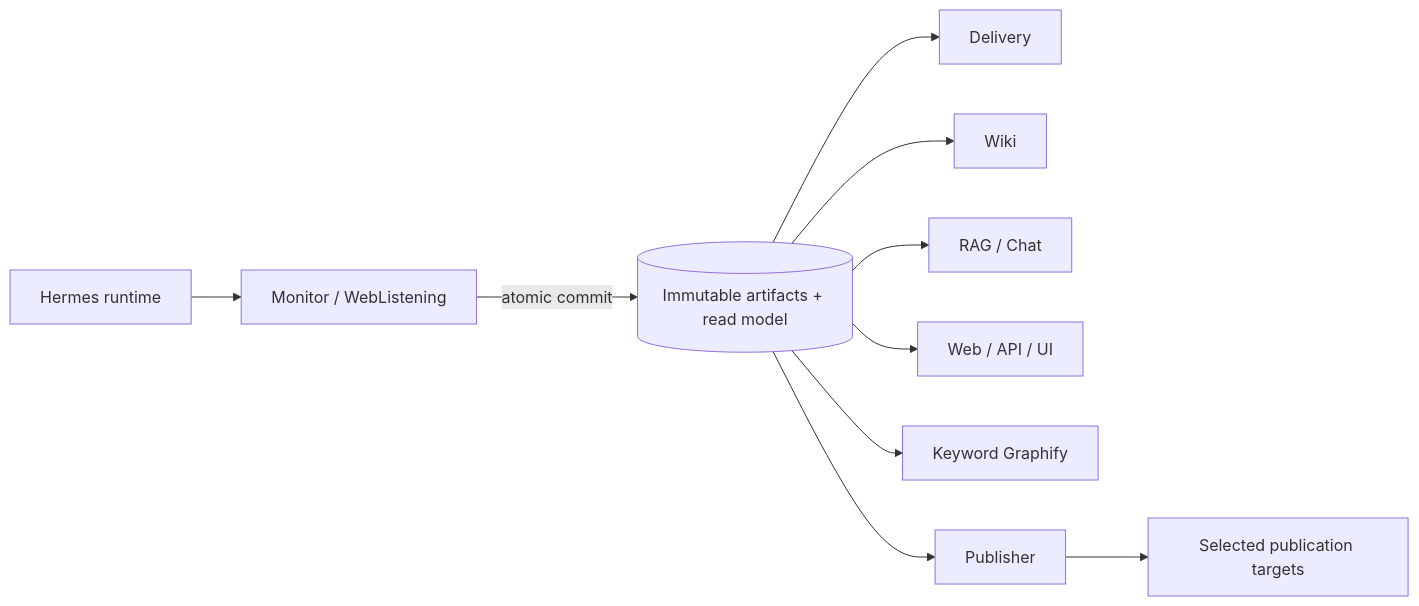
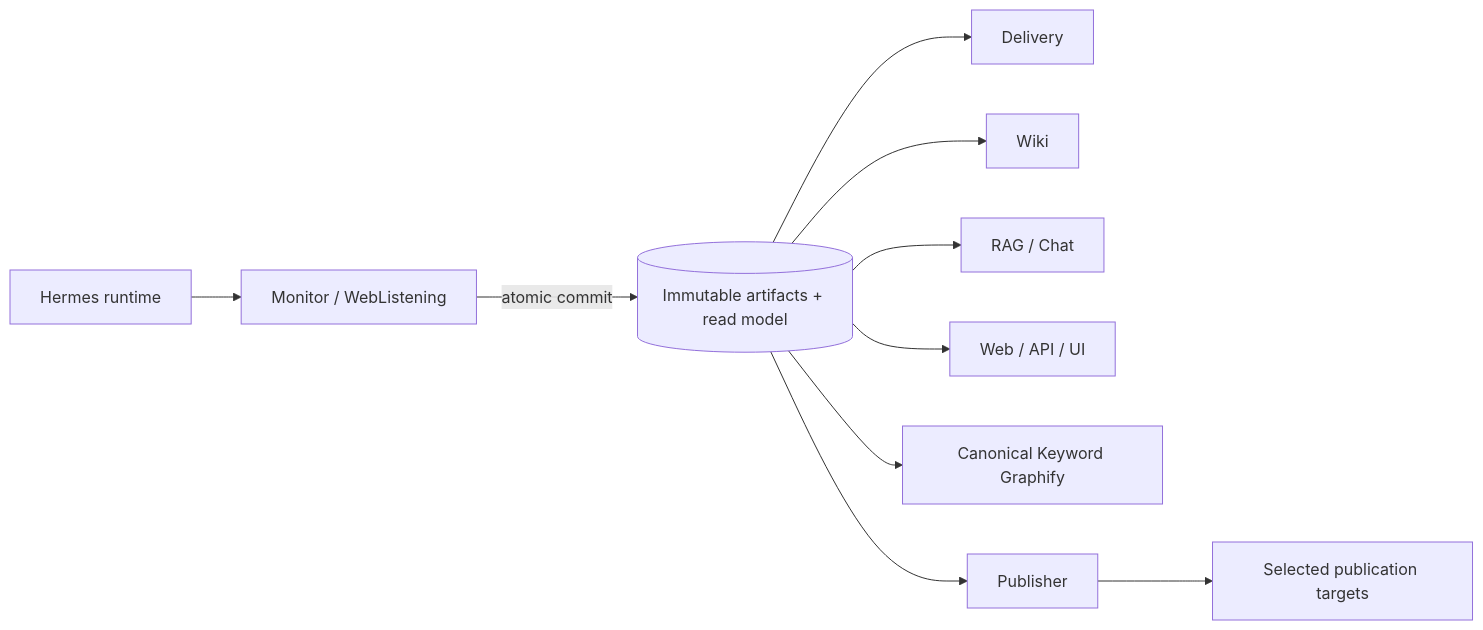
The second of 2 diagrams in docs/planning/migration-plan-v2.md (ferryhe/climate_monitor), drawn with Mermaid before and after one commit. The commit also changed other lines of this file and 1 other file, not shown here.

Commit message:
docs: standardize Canonical Keyword Graphify naming

````diff
--- a/docs/planning/migration-plan-v2.md
+++ b/docs/planning/migration-plan-v2.md
@@ -53,12 +53,12 @@
 ```mermaid
 flowchart LR
   H["Hermes runtime"] --> M["Monitor / WebListening"]
   M -->|"atomic commit"| S[("Immutable artifacts + read model")]
   S --> D["Delivery"]
   S --> W["Wiki"]
   S --> R["RAG / Chat"]
   S --> U["Web / API / UI"]
-  S --> G["Keyword Graphify"]
+  S --> G["Canonical Keyword Graphify"]
   S --> P["Publisher"]
   P --> T["Selected publication targets"]
 ```
````
